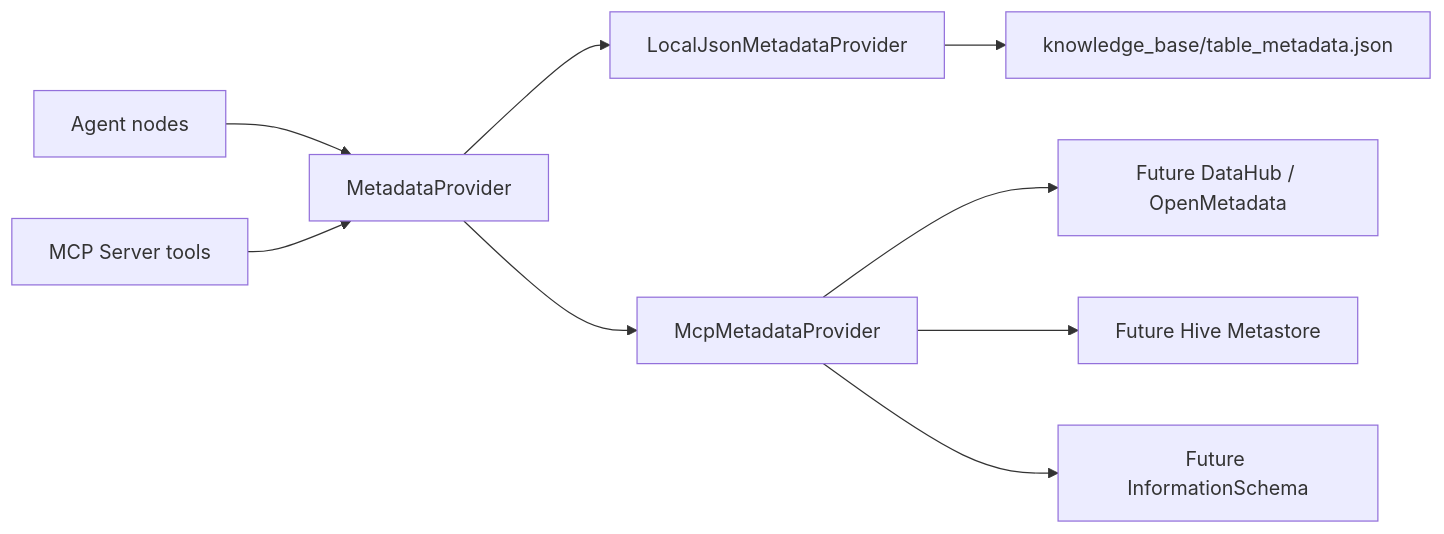
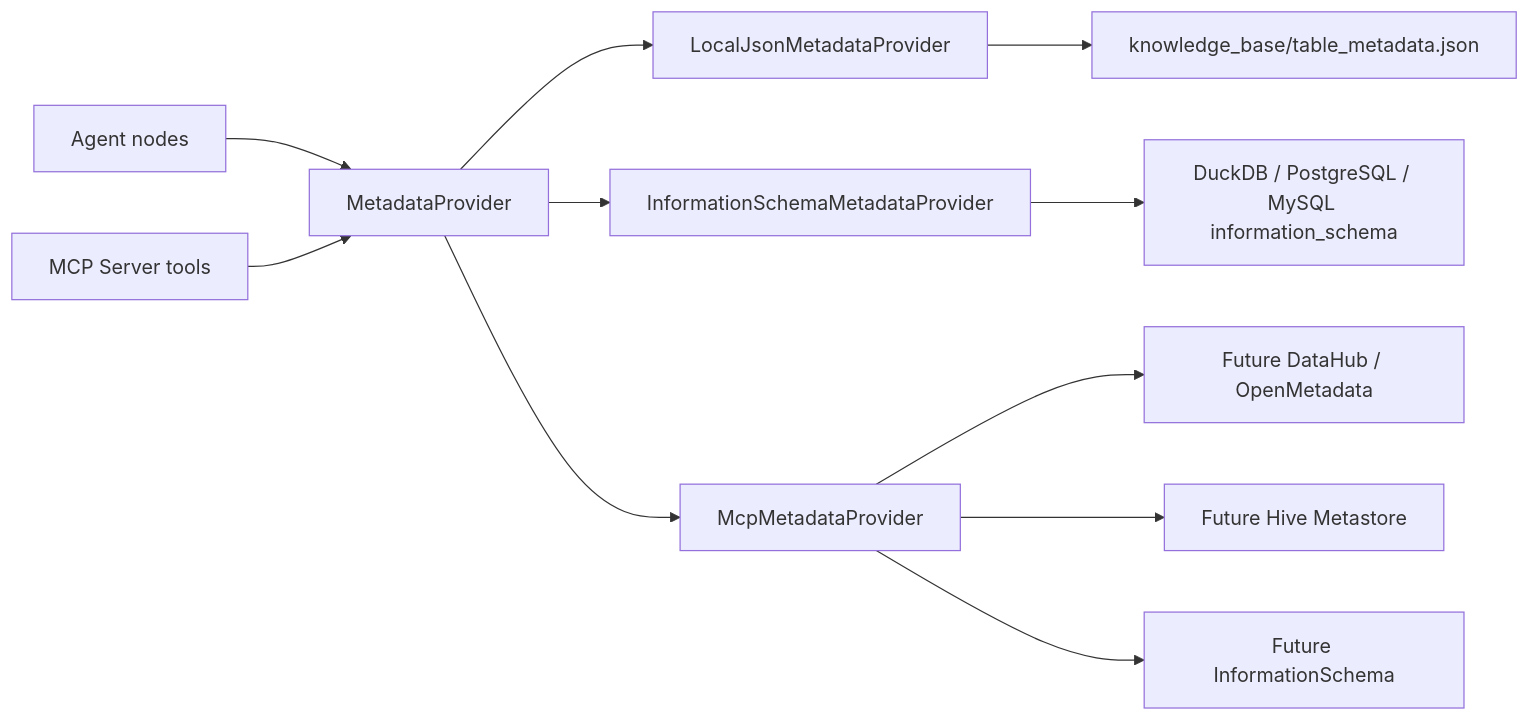
Before and after one commit to juebunengkun/warehouse-agent-mvp: the second of 2 diagrams in docs/architecture.md, drawn with Mermaid. The commit also changed 19 other files, not shown here.

Commit message:
Add information schema metadata provider

````diff
--- a/docs/architecture.md
+++ b/docs/architecture.md
@@ -82,11 +82,13 @@
 ```mermaid
 flowchart LR
     A["Agent nodes"] --> P["MetadataProvider"]
     M["MCP Server tools"] --> P
     P --> L["LocalJsonMetadataProvider"]
+    P --> S["InformationSchemaMetadataProvider"]
     P --> C["McpMetadataProvider"]
+    S --> Q["DuckDB / PostgreSQL / MySQL information_schema"]
     C --> D["Future DataHub / OpenMetadata"]
     C --> H["Future Hive Metastore"]
     C --> I["Future InformationSchema"]
     L --> J["knowledge_base/table_metadata.json"]
 ```
````
